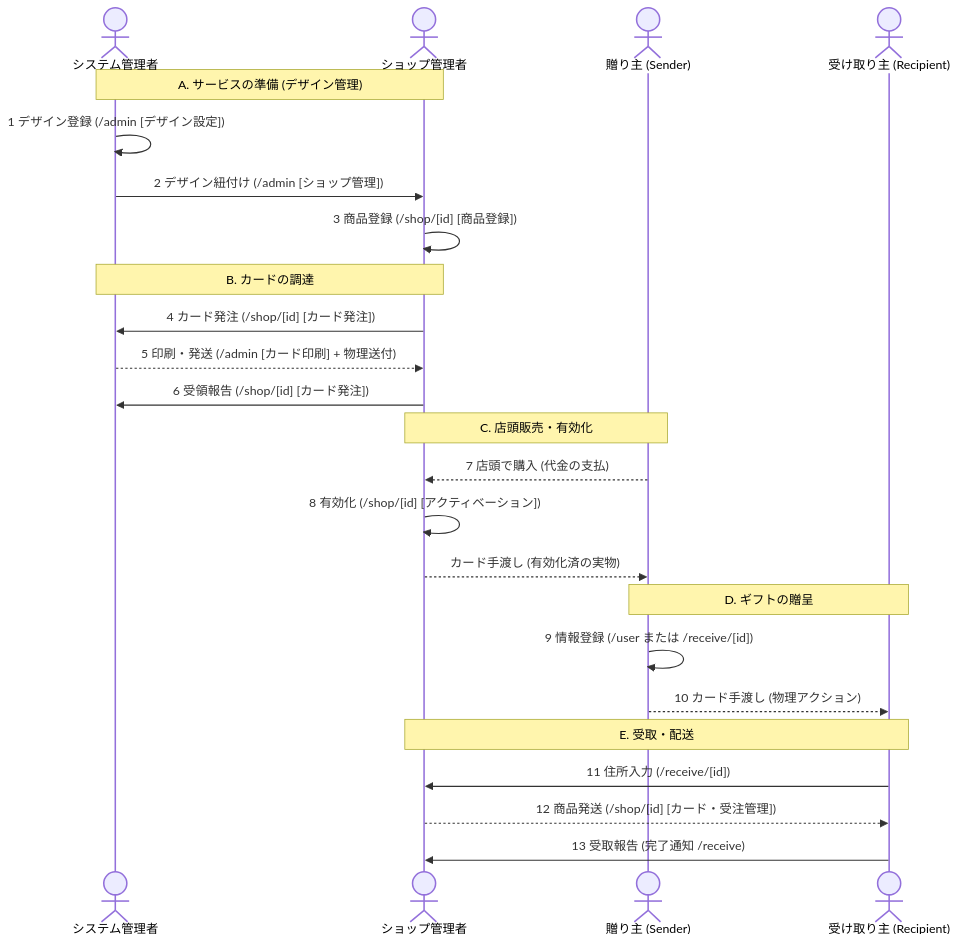
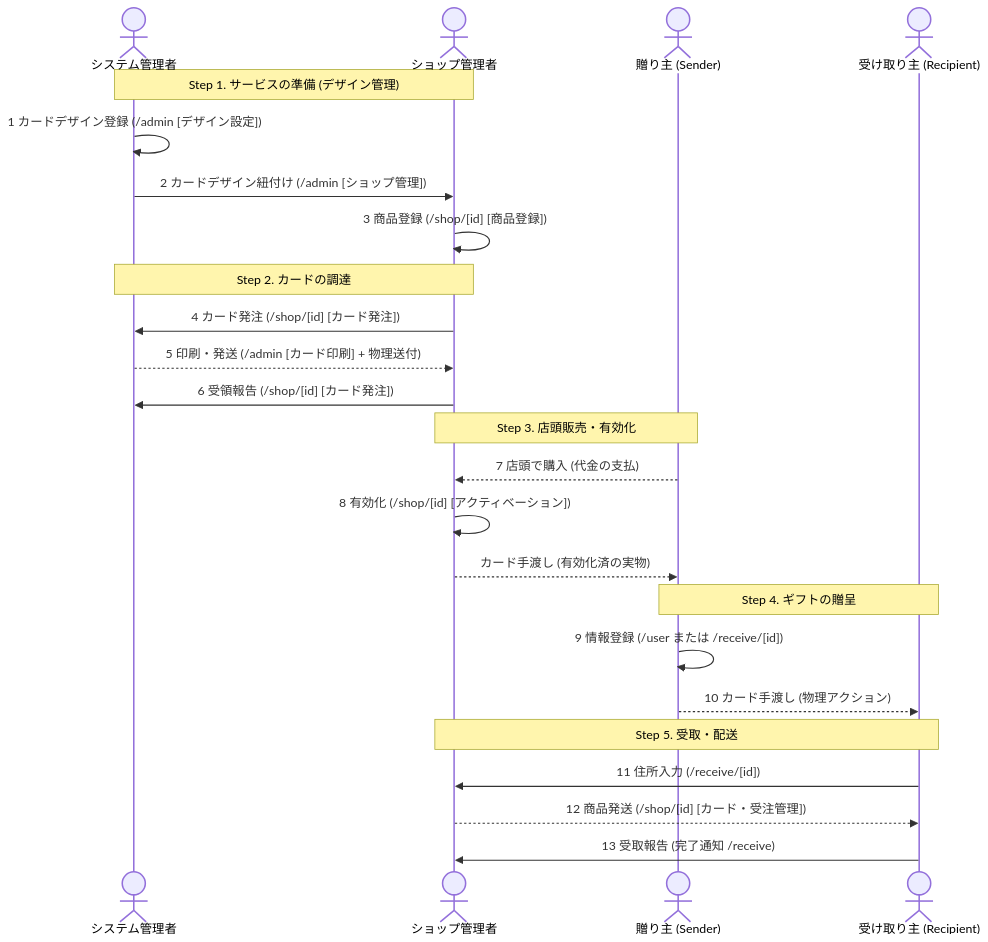
One commit to yudaiito9124-cyber/meishigawarini changed the diagram in frontend/content/help/ja/shop/flow/index.md. Above: the diagram before and after it, drawn with Mermaid. The commit also changed other lines of this file and 17 other files, not shown here.

````diff
--- a/frontend/content/help/ja/shop/flow/index.md
+++ b/frontend/content/help/ja/shop/flow/index.md
@@ -15,31 +17,31 @@
 ```mermaid
 sequenceDiagram
     actor SA as システム管理者
     actor SO as ショップ管理者
     actor SD as 贈り主 (Sender)
     actor RC as 受け取り主 (Recipient)
 
-    Note over SA, SO: A. サービスの準備 (デザイン管理)
-    SA->>SA: 1 デザイン登録 (/admin [デザイン設定])
-    SA->>SO: 2 デザイン紐付け (/admin [ショップ管理])
+    Note over SA, SO: Step 1. サービスの準備 (デザイン管理)
+    SA->>SA: 1 カードデザイン登録 (/admin [デザイン設定])
+    SA->>SO: 2 カードデザイン紐付け (/admin [ショップ管理])
     SO->>SO: 3 商品登録 (/shop/[id] [商品登録])
 
-    Note over SO, SA: B. カードの調達
+    Note over SO, SA: Step 2. カードの調達
     SO->>SA: 4 カード発注 (/shop/[id] [カード発注])
     SA-->>SO: 5 印刷・発送 (/admin [カード印刷] + 物理送付)
     SO->>SA: 6 受領報告 (/shop/[id] [カード発注])
 
-    Note over SO, SD: C. 店頭販売・有効化
+    Note over SO, SD: Step 3. 店頭販売・有効化
     SD-->>SO: 7 店頭で購入 (代金の支払)
     SO->>SO: 8 有効化 (/shop/[id] [アクティベーション])
     SO-->>SD: カード手渡し (有効化済の実物)
 
-    Note over SD, RC: D. ギフトの贈呈
+    Note over SD, RC: Step 4. ギフトの贈呈
     SD->>SD: 9 情報登録 (/user または /receive/[id])
     SD-->>RC: 10 カード手渡し (物理アクション)
 
-    Note over RC, SO: E. 受取・配送
+    Note over RC, SO: Step 5. 受取・配送
     RC->>SO: 11 住所入力 (/receive/[id])
     SO-->>RC: 12 商品発送 (/shop/[id] [カード・受注管理])
     RC->>SO: 13 受取報告 (完了通知 /receive)
 ```
````
